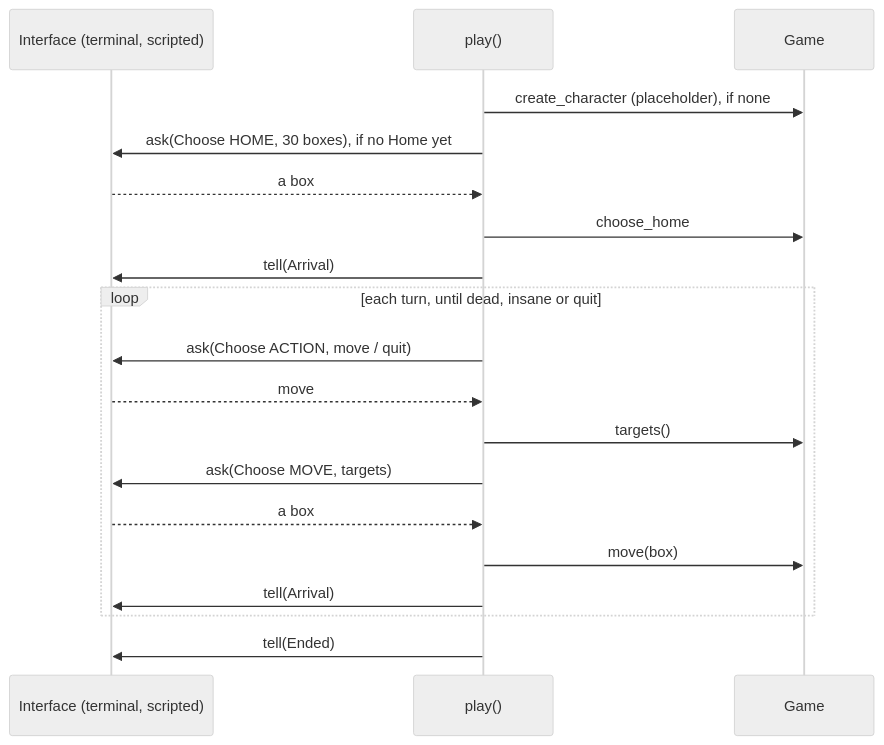
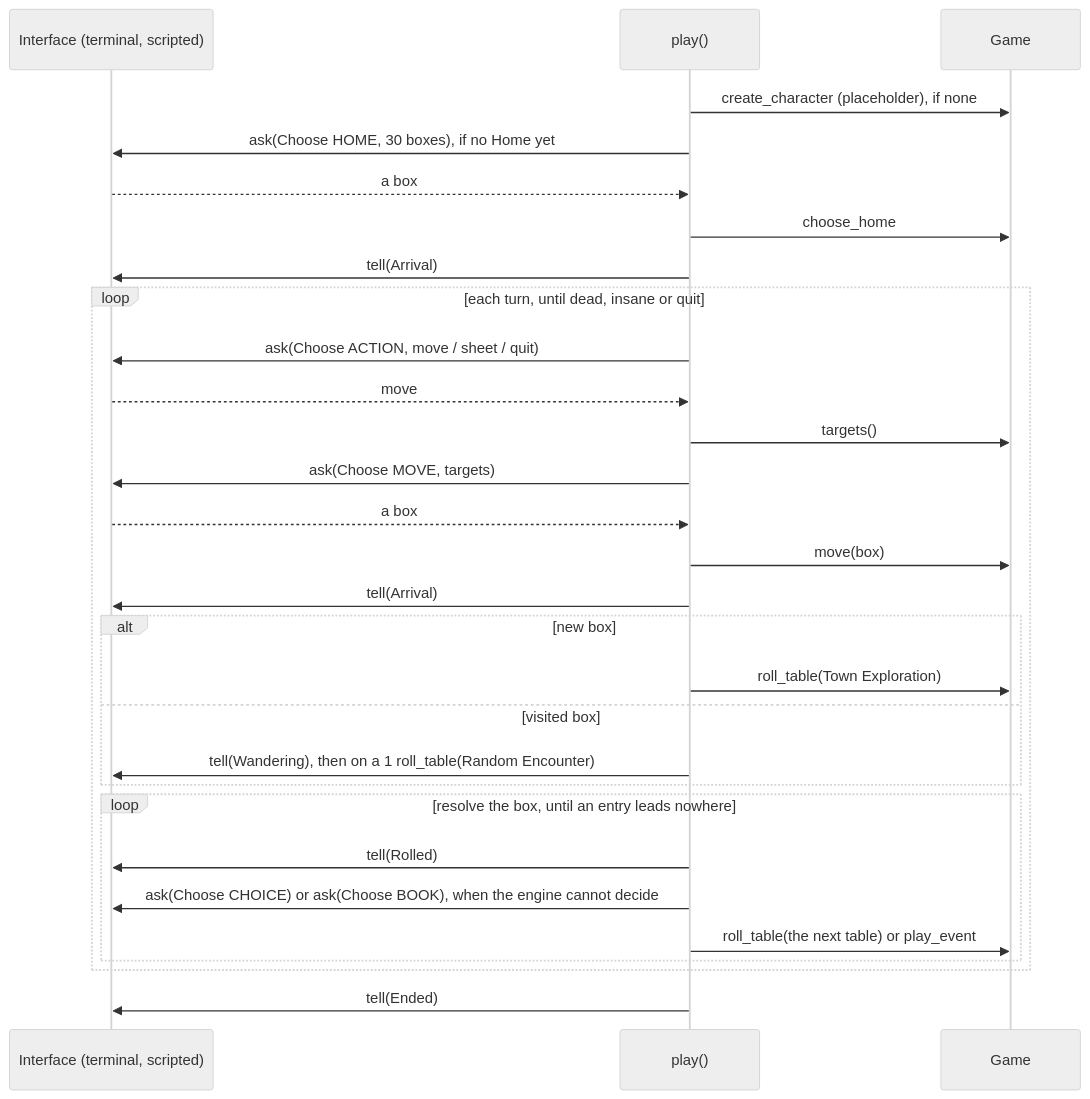
The third of 6 diagrams in docs/architecture.md (NathanChalot/AloneVsFEear), drawn with Mermaid (neutral theme) before and after one commit. The commit also changed other lines of this file and 24 other files, not shown here.

````diff
--- a/docs/architecture.md
+++ b/docs/architecture.md
@@ -81,21 +84,31 @@
 ```mermaid
 sequenceDiagram
     participant UI as Interface (terminal, scripted)
     participant P as play()
     participant Game
     P->>Game: create_character (placeholder), if none
     P->>UI: ask(Choose HOME, 30 boxes), if no Home yet
     UI-->>P: a box
     P->>Game: choose_home
     P->>UI: tell(Arrival)
     loop each turn, until dead, insane or quit
-        P->>UI: ask(Choose ACTION, move / quit)
+        P->>UI: ask(Choose ACTION, move / sheet / quit)
         UI-->>P: move
         P->>Game: targets()
         P->>UI: ask(Choose MOVE, targets)
         UI-->>P: a box
         P->>Game: move(box)
         P->>UI: tell(Arrival)
+        alt new box
+            P->>Game: roll_table(Town Exploration)
+        else visited box
+            P->>UI: tell(Wandering), then on a 1 roll_table(Random Encounter)
+        end
+        loop resolve the box, until an entry leads nowhere
+            P->>UI: tell(Rolled)
+            P->>UI: ask(Choose CHOICE) or ask(Choose BOOK), when the engine cannot decide
+            P->>Game: roll_table(the next table) or play_event
+        end
     end
     P->>UI: tell(Ended)
 ```
````
